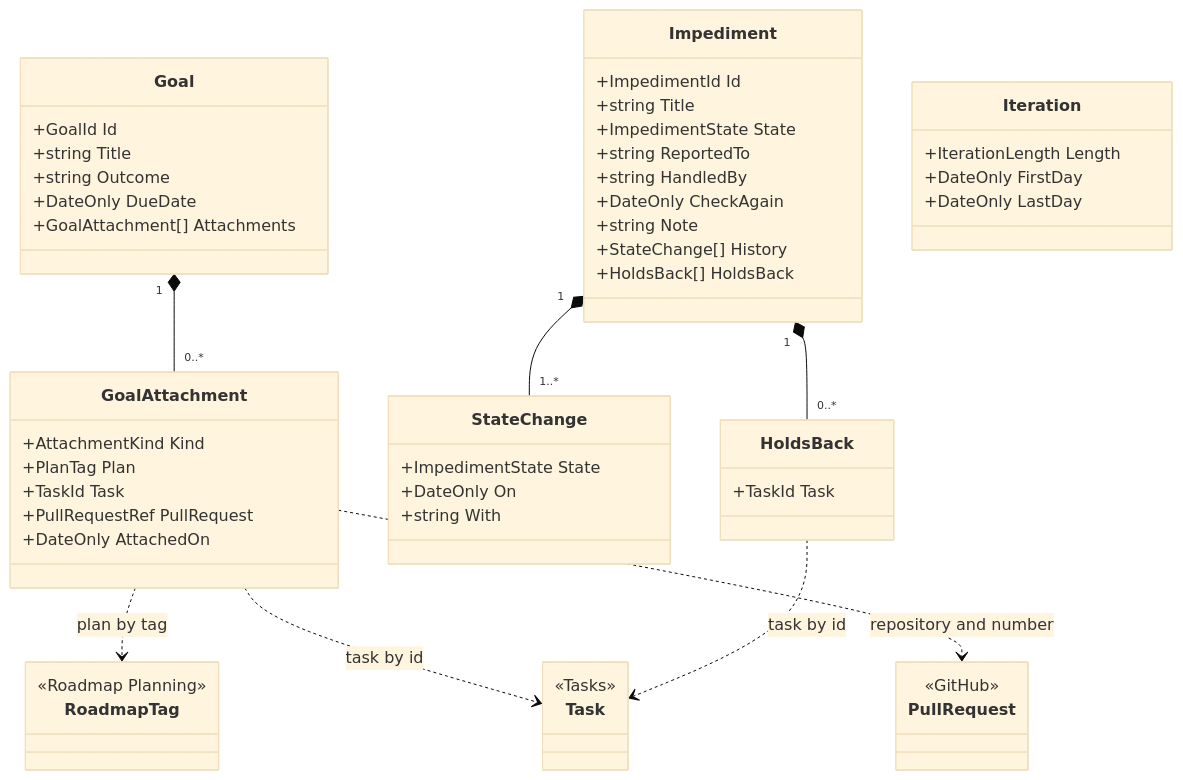
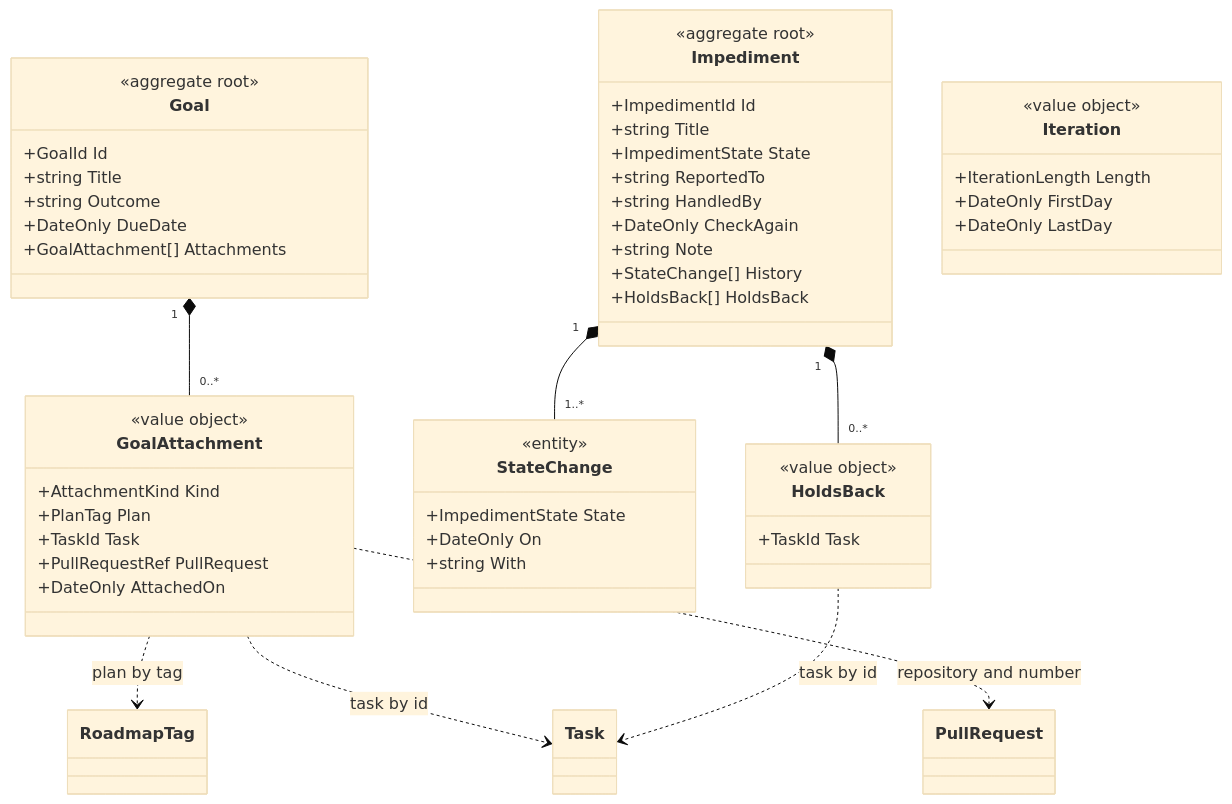
Before and after one commit to JSdotNet/Backlog: the diagram in .devbook/domain/progress/model.md, drawn with Mermaid (base theme). The commit also changed other lines of this file and 11 other files, not shown here.

````diff
--- a/.devbook/domain/progress/model.md
+++ b/.devbook/domain/progress/model.md
@@ -16,64 +16,67 @@
 ```mermaid
 classDiagram
     class Goal {
+        <<aggregate root>>
         +GoalId Id
         +string Title
         +string Outcome
         +DateOnly DueDate
         +GoalAttachment[] Attachments
     }
 
     class GoalAttachment {
+        <<value object>>
         +AttachmentKind Kind
         +PlanTag Plan
         +TaskId Task
         +PullRequestRef PullRequest
         +DateOnly AttachedOn
     }
 
     class Impediment {
+        <<aggregate root>>
         +ImpedimentId Id
         +string Title
         +ImpedimentState State
         +string ReportedTo
         +string HandledBy
         +DateOnly CheckAgain
         +string Note
         +StateChange[] History
         +HoldsBack[] HoldsBack
     }
 
     class StateChange {
+        <<entity>>
         +ImpedimentState State
         +DateOnly On
         +string With
     }
 
     class HoldsBack {
+        <<value object>>
         +TaskId Task
     }
 
     class Iteration {
+        <<value object>>
         +IterationLength Length
         +DateOnly FirstDay
         +DateOnly LastDay
     }
 
     class Task {
-        <<Tasks>>
     }
     class RoadmapTag {
-        <<Roadmap Planning>>
     }
     class PullRequest {
-        <<GitHub>>
     }
 
     Goal "1" *-- "0..*" GoalAttachment
     Impediment "1" *-- "1..*" StateChange
     Impediment "1" *-- "0..*" HoldsBack
     GoalAttachment ..> RoadmapTag : plan by tag
     GoalAttachment ..> Task : task by id
     GoalAttachment ..> PullRequest : repository and number
     HoldsBack ..> Task : task by id
 ```
````
